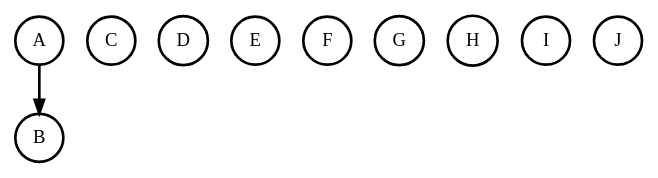
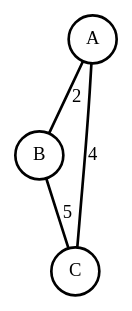
One commit to Scrow-rgb/trabalho-grafos changed the diagram in grafo.dot. Above: the diagram before and after it, drawn with Graphviz. The commit also changed 2 other files, not shown here.

```diff
--- a/grafo.dot
+++ b/grafo.dot
@@ -1,13 +1,8 @@
-digraph G {
+graph G {
     0 [label="A", penwidth=2, shape="circle"];
     1 [label="B", penwidth=2, shape="circle"];
     2 [label="C", penwidth=2, shape="circle"];
-    3 [label="D", penwidth=2, shape="circle"];
-    4 [label="E", penwidth=2, shape="circle"];
-    5 [label="F", penwidth=2, shape="circle"];
-    6 [label="G", penwidth=2, shape="circle"];
-    7 [label="H", penwidth=2, shape="circle"];
-    8 [label="I", penwidth=2, shape="circle"];
-    9 [label="J", penwidth=2, shape="circle"];
-    0 -> 1 [penwidth=2, color=black];
+    0 -- 1 [penwidth=2, color=black, label="2"];
+    0 -- 2 [penwidth=2, color=black, label="4"];
+    1 -- 2 [penwidth=2, color=black, label="5"];
 }
```
